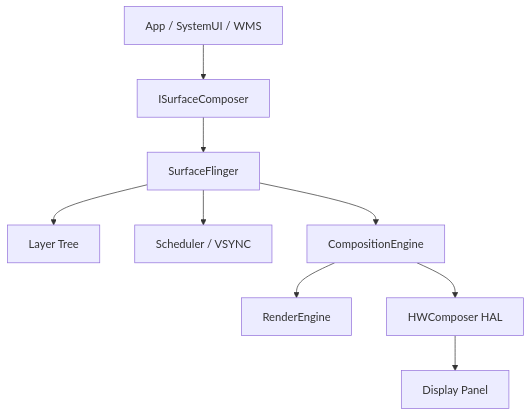
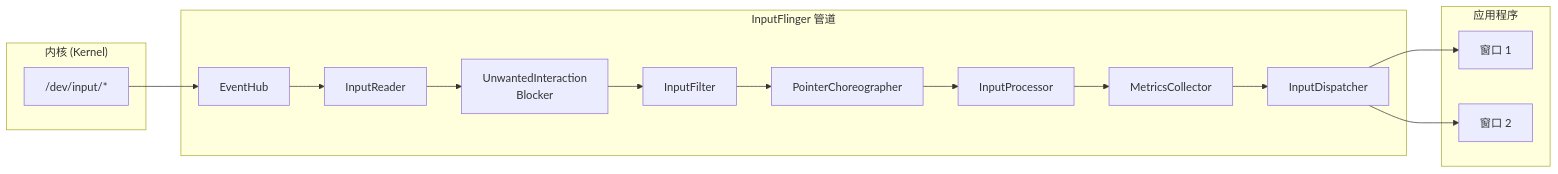
One commit to fwrite0920/aosp-internal-book changed the fourth of 9 diagrams in 12-native-services-zh.md. Above: the diagram before and after it, drawn with Mermaid. The commit also changed other lines of this file and 63 other files, not shown here.

````diff
--- a/12-native-services-zh.md
+++ b/12-native-services-zh.md
@@ -221,11 +213,33 @@
 ```mermaid
-flowchart TD
-    App[App / SystemUI / WMS] --> SC[ISurfaceComposer]
-    SC --> SF[SurfaceFlinger]
-    SF --> Layer[Layer Tree]
-    SF --> Scheduler[Scheduler / VSYNC]
-    SF --> CE[CompositionEngine]
-    CE --> RE[RenderEngine]
-    CE --> HWC[HWComposer HAL]
-    HWC --> Display[Display Panel]
+graph LR
+    subgraph "内核 (Kernel)"
+        DEV["/dev/input/*"]
+    end
+
+    subgraph "InputFlinger 管道"
+        EH[EventHub]
+        IR[InputReader]
+        UIB["UnwantedInteraction<br/>Blocker"]
+        IF[InputFilter]
+        PC[PointerChoreographer]
+        IP[InputProcessor]
+        MC[MetricsCollector]
+        ID[InputDispatcher]
+    end
+
+    subgraph "应用程序"
+        W1[窗口 1]
+        W2[窗口 2]
+    end
+
+    DEV --> EH
+    EH --> IR
+    IR --> UIB
+    UIB --> IF
+    IF --> PC
+    PC --> IP
+    IP --> MC
+    MC --> ID
+    ID --> W1
+    ID --> W2
 ```
````
